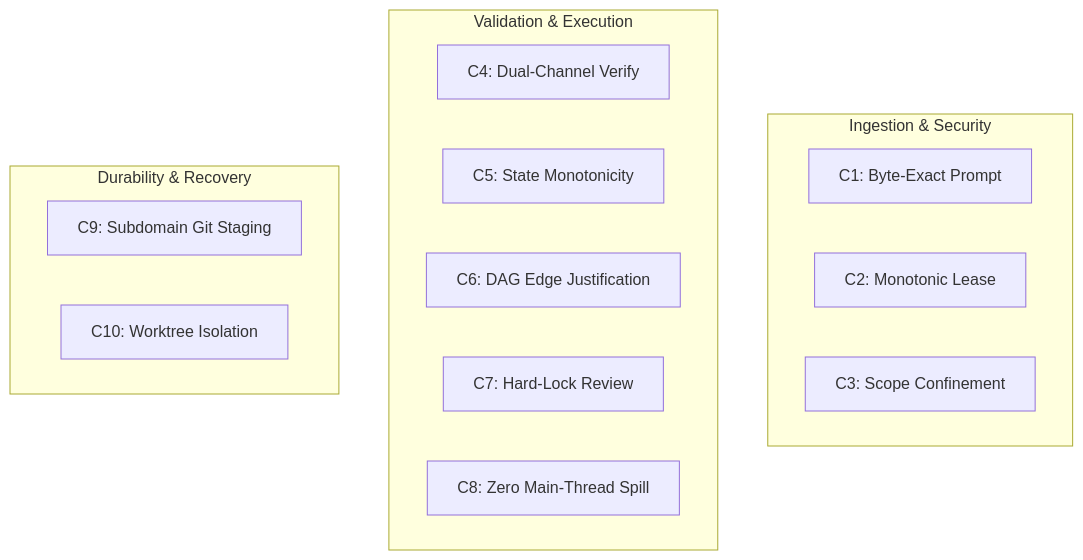
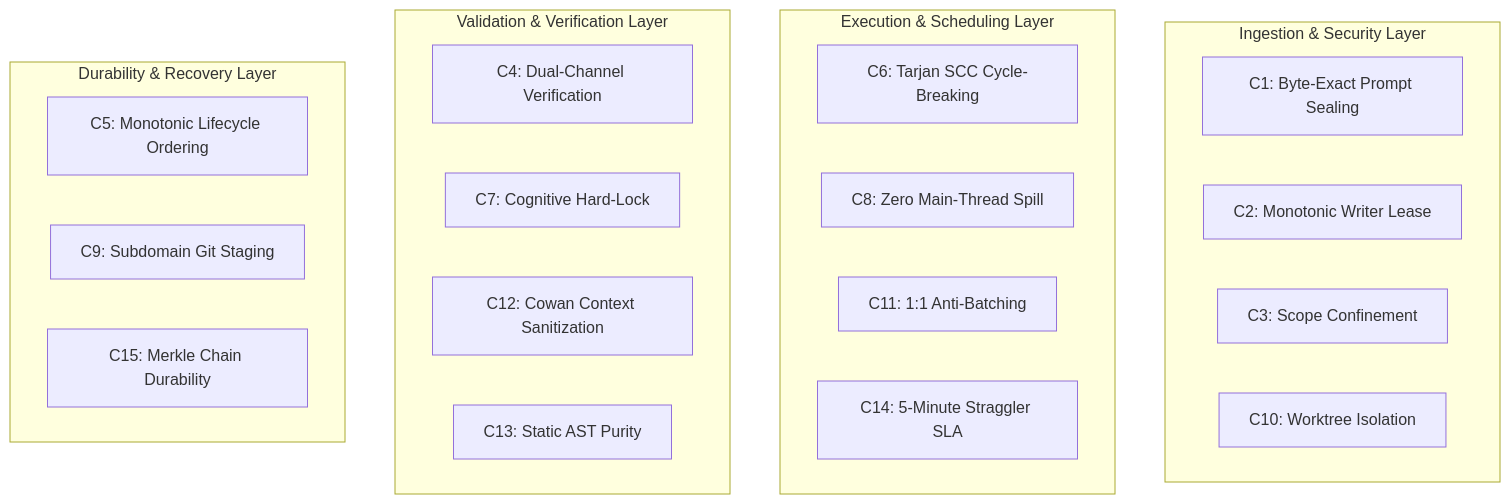
The first of 2 diagrams in docs/olt/architecture/01-foundations/01-02-the-hard-zeros-and-invariants.md (onurseckin/skills), drawn with Mermaid before and after one commit. The commit also changed other lines of this file and 177 other files, not shown here.

````diff
--- a/docs/olt/architecture/01-foundations/01-02-the-hard-zeros-and-invariants.md
+++ b/docs/olt/architecture/01-foundations/01-02-the-hard-zeros-and-invariants.md
@@ -45,19 +88,29 @@
 ```mermaid
 graph TD
-    subgraph "Ingestion & Security"
-        C1["C1: Byte-Exact Prompt"]
-        C2["C2: Monotonic Lease"]
+    subgraph "Ingestion & Security Layer"
+        C1["C1: Byte-Exact Prompt Sealing"]
+        C2["C2: Monotonic Writer Lease"]
         C3["C3: Scope Confinement"]
-    end
-    subgraph "Validation & Execution"
-        C4["C4: Dual-Channel Verify"]
-        C5["C5: State Monotonicity"]
-        C6["C6: DAG Edge Justification"]
-        C7["C7: Hard-Lock Review"]
-        C8["C8: Zero Main-Thread Spill"]
-    end
-    subgraph "Durability & Recovery"
-        C9["C9: Subdomain Git Staging"]
         C10["C10: Worktree Isolation"]
     end
+
+    subgraph "Execution & Scheduling Layer"
+        C6["C6: Tarjan SCC Cycle-Breaking"]
+        C8["C8: Zero Main-Thread Spill"]
+        C11["C11: 1:1 Anti-Batching"]
+        C14["C14: 5-Minute Straggler SLA"]
+    end
+
+    subgraph "Validation & Verification Layer"
+        C4["C4: Dual-Channel Verification"]
+        C7["C7: Cognitive Hard-Lock"]
+        C12["C12: Cowan Context Sanitization"]
+        C13["C13: Static AST Purity"]
+    end
+
+    subgraph "Durability & Recovery Layer"
+        C5["C5: Monotonic Lifecycle Ordering"]
+        C9["C9: Subdomain Git Staging"]
+        C15["C15: Merkle Chain Durability"]
+    end
 ```
````
